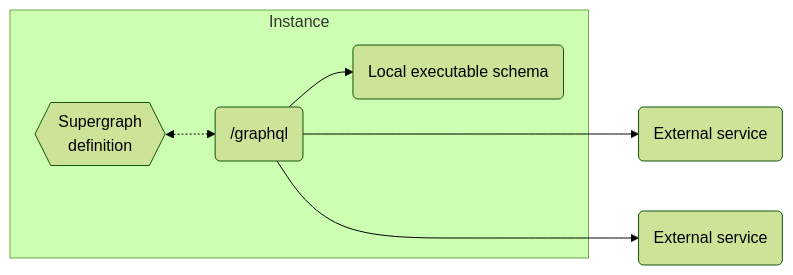
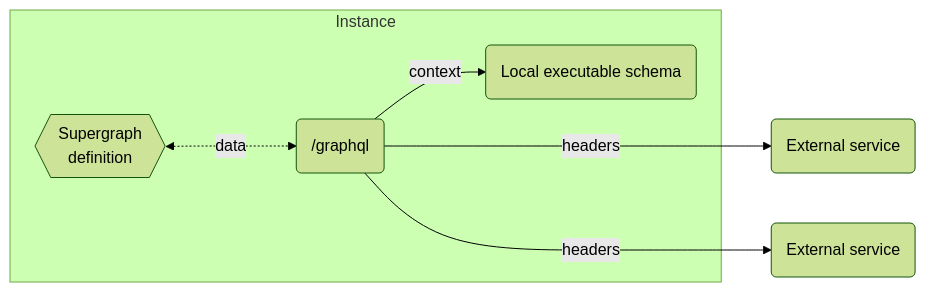
One commit to stackables/mesh-local-federation changed the diagram in README.md. Above: the diagram before and after it, drawn with Mermaid (forest theme).

Commit message:
docs: More data on the diagram

````diff
--- a/README.md
+++ b/README.md
@@ -18,9 +18,9 @@
 ```mermaid
 graph LR;
     subgraph Instance
-        gateway(/graphql)-->local(Local executable schema)
-        db{{Supergraph\ndefinition}}<-.->gateway
+        gateway(/graphql)--context-->local(Local executable schema)
+        db{{Supergraph\ndefinition}}<-.data..->gateway
     end
-    gateway--->federated1(External service);
-    gateway--->federated2(External service);
+    gateway--headers--->federated1(External service);
+    gateway--headers--->federated2(External service);
 ```
````
